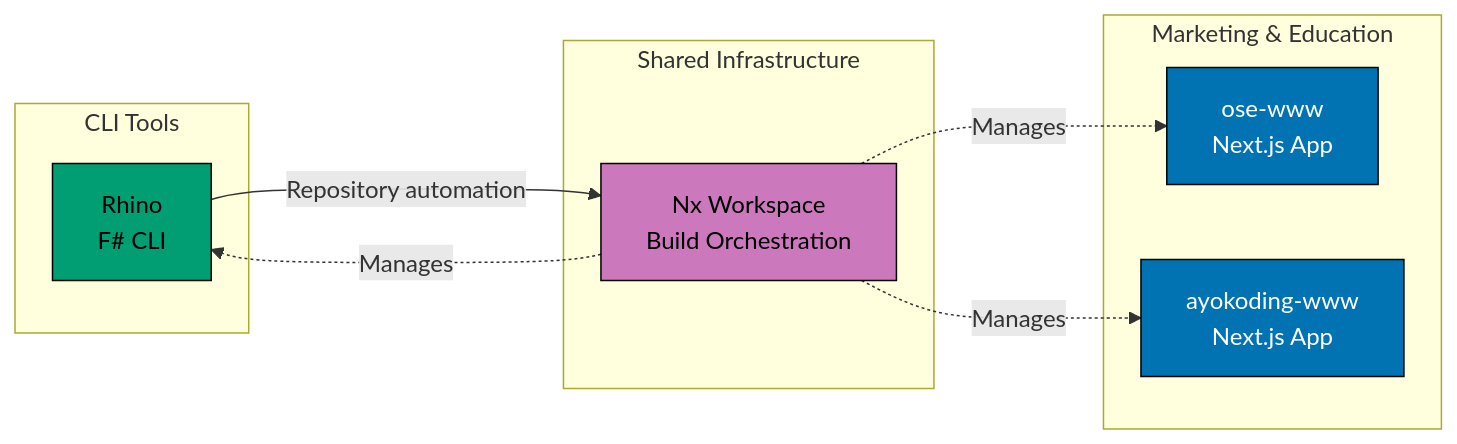
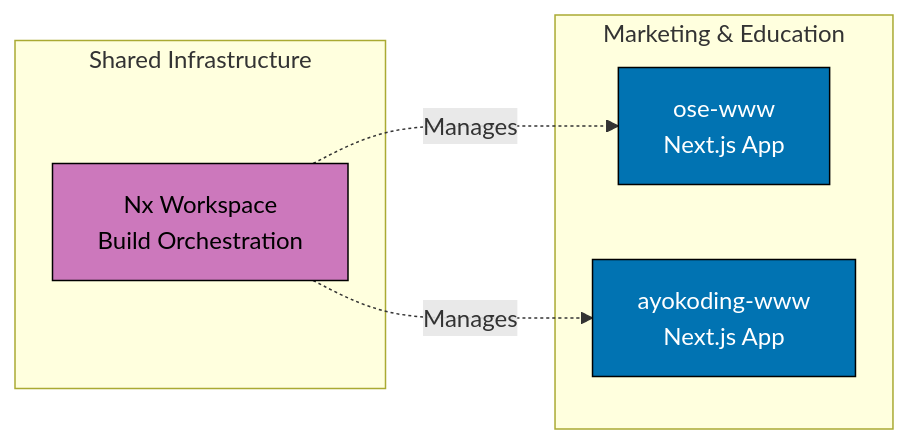
One commit to wahidyankf/ose-public changed the first of 2 diagrams in docs/reference/system-architecture/applications.md. Above: the diagram before and after it, drawn with Mermaid. The commit also changed other lines of this file and 31 other files, not shown here.

````diff
--- a/docs/reference/system-architecture/applications.md
+++ b/docs/reference/system-architecture/applications.md
@@ -159,29 +161,21 @@
 ```mermaid
 graph LR
     accTitle: C4 Level 2: Container Diagram
-    accDescr: Rhino F CLI leads to Nx Workspace Build Orchestration via Repository automation; Nx Workspace Build Orchestration leads to ose-www Next.js App via Manages; Nx Workspace Build Orchestration leads to ayokoding-www Next.js App via Manages; and 1 more links.
-    subgraph "CLI Tools"
-        RHINO[Rhino<br/>F# CLI]
-    end
-
+    accDescr: The Nx Workspace build orchestration manages the ose-www and ayokoding-www Next.js apps.
     subgraph "Marketing & Education"
         OSE[ose-www<br/>Next.js App]
         AYO[ayokoding-www<br/>Next.js App]
     end
 
     subgraph "Shared Infrastructure"
         NX[Nx Workspace<br/>Build Orchestration]
     end
 
-    RHINO -->|Repository automation| NX
     NX -.->|Manages| OSE
     NX -.->|Manages| AYO
-    NX -.->|Manages| RHINO
 
     classDef blue fill:#0173B2,stroke:#000000,color:#FFFFFF
-    classDef teal fill:#029E73,stroke:#000000,color:#000000
     classDef purple fill:#CC78BC,stroke:#000000,color:#000000
     class OSE,AYO blue
-    class RHINO teal
     class NX purple
 ```
````
